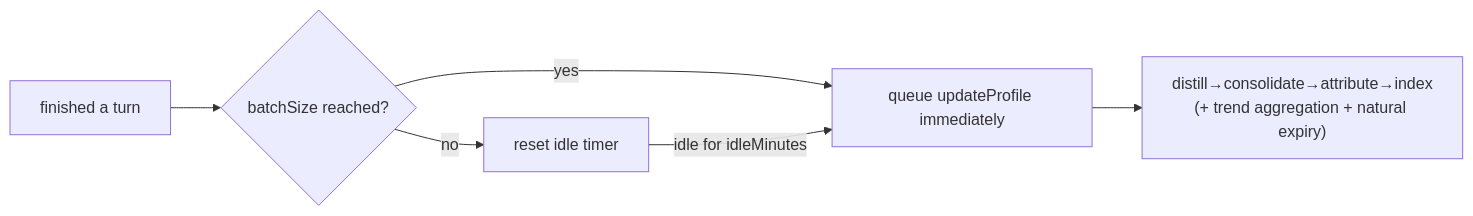
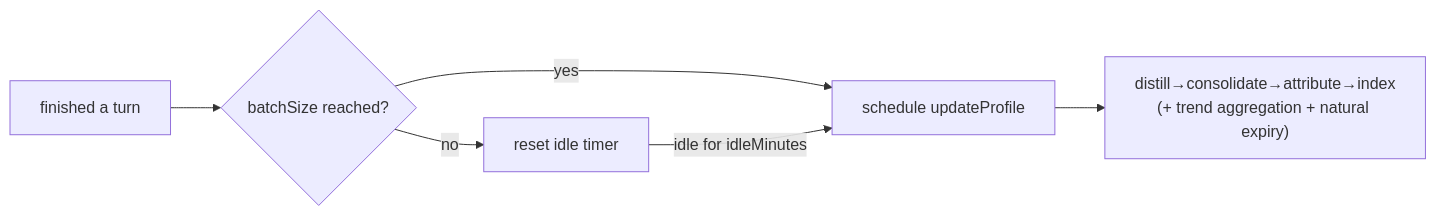
One commit to kestercarroll702-gif/memoweft changed the third of 4 diagrams in docs/internals/architecture.md. Above: the diagram before and after it, drawn with Mermaid. The commit also changed other lines of this file and 480 other files, not shown here.

````diff
--- a/docs/internals/architecture.md
+++ b/docs/internals/architecture.md
@@ -231,8 +232,8 @@
 ```mermaid
 flowchart LR
   M["finished a turn"] --> C{"batchSize reached?"}
-  C -->|yes| U["queue updateProfile immediately"]
+  C -->|yes| U["schedule updateProfile"]
   C -->|no| T["reset idle timer"]
   T -->|"idle for idleMinutes"| U
   U --> BG["distill→consolidate→attribute→index<br/>(+ trend aggregation + natural expiry)"]
 ```
````
